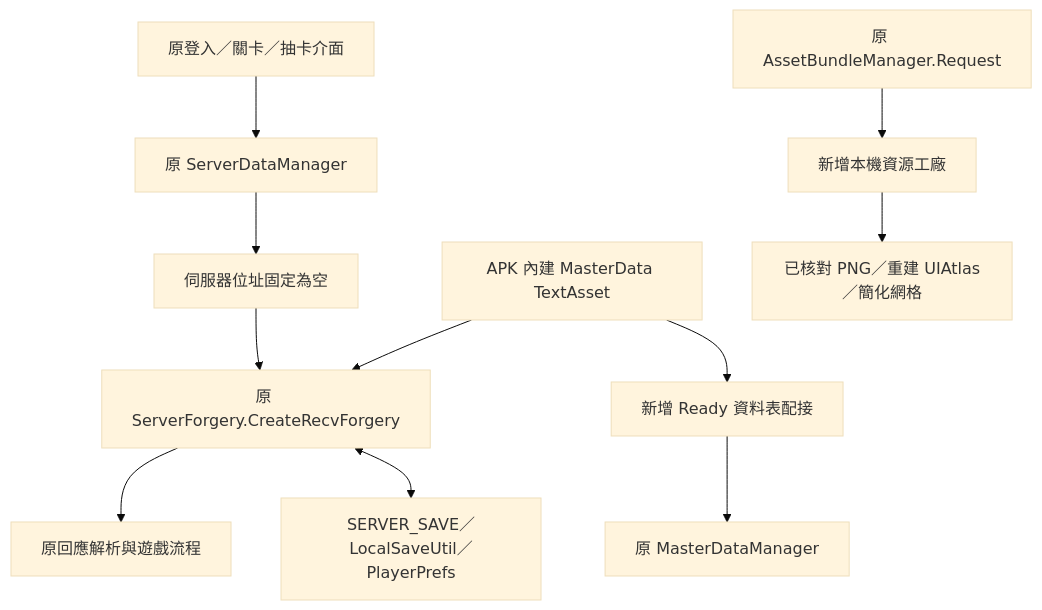
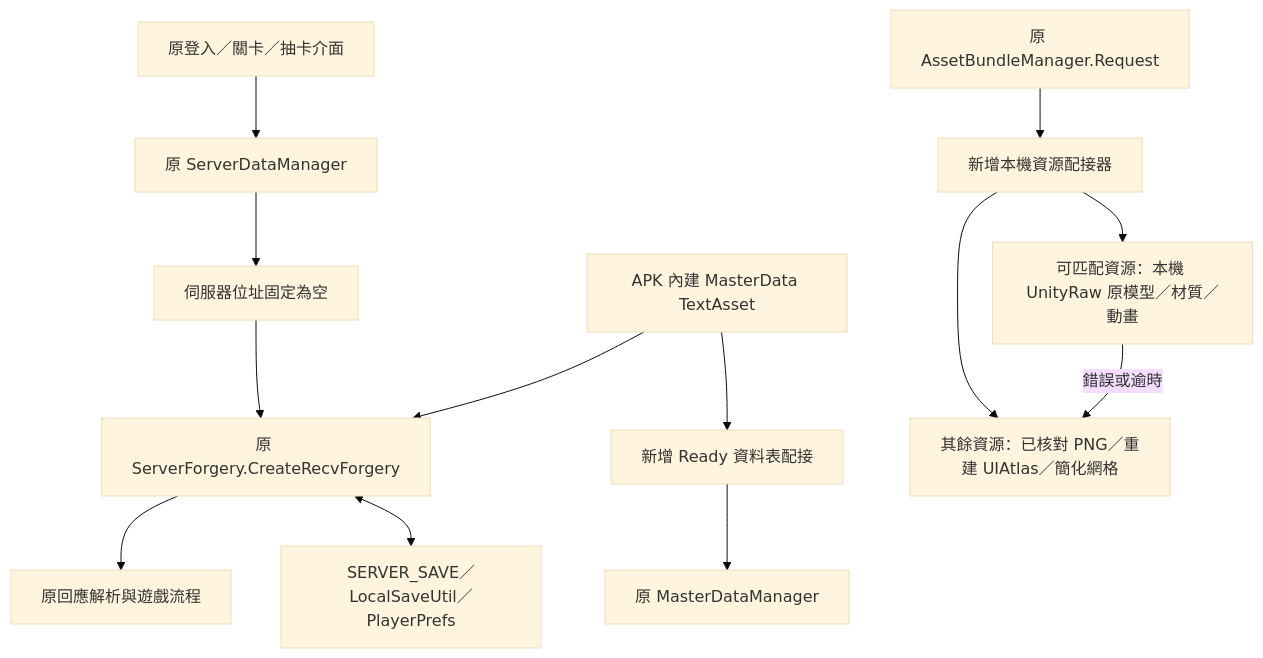
One commit to uselessUtil/DG-offline changed the diagram in OFFLINE_PORTING_GUIDE.md. Above: the diagram before and after it, drawn with Mermaid (base theme). The commit also changed other lines of this file and 2 other files, not shown here.

````diff
--- a/OFFLINE_PORTING_GUIDE.md
+++ b/OFFLINE_PORTING_GUIDE.md
@@ -89,13 +93,15 @@
 ```mermaid
 flowchart TD
     UI[原登入／關卡／抽卡介面] --> API[原 ServerDataManager]
     API --> ROUTE[伺服器位址固定為空]
     ROUTE --> LOCAL[原 ServerForgery.CreateRecvForgery]
     LOCAL --> RECV[原回應解析與遊戲流程]
     LOCAL <--> SAVE[SERVER_SAVE／LocalSaveUtil／PlayerPrefs]
     TABLE[APK 內建 MasterData TextAsset] --> LOCAL
     TABLE --> READY[新增 Ready 資料表配接]
     READY --> MASTER[原 MasterDataManager]
-    ASSET[原 AssetBundleManager.Request] --> ADAPTER[新增本機資源工廠]
-    ADAPTER --> ART[已核對 PNG／重建 UIAtlas／簡化網格]
+    ASSET[原 AssetBundleManager.Request] --> ADAPTER[新增本機資源配接器]
+    ADAPTER --> NATIVE[可匹配資源：本機 UnityRaw 原模型／材質／動畫]
+    ADAPTER --> ART[其餘資源：已核對 PNG／重建 UIAtlas／簡化網格]
+    NATIVE -->|錯誤或逾時| ART
 ```
````
